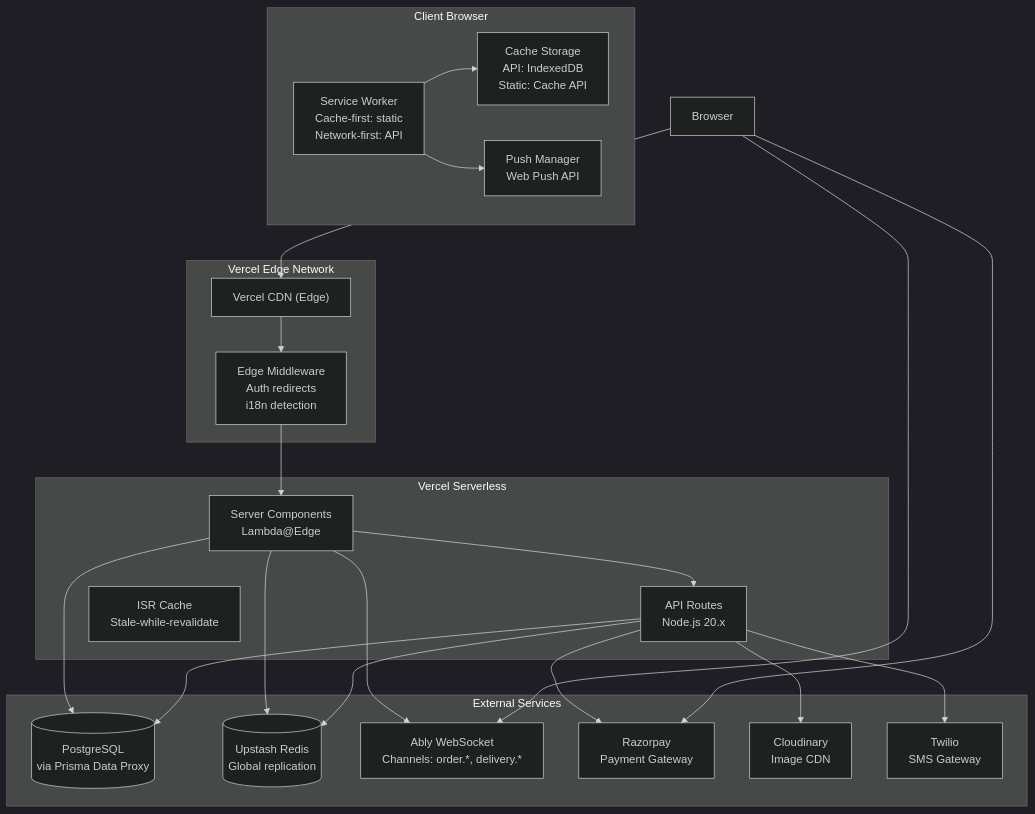
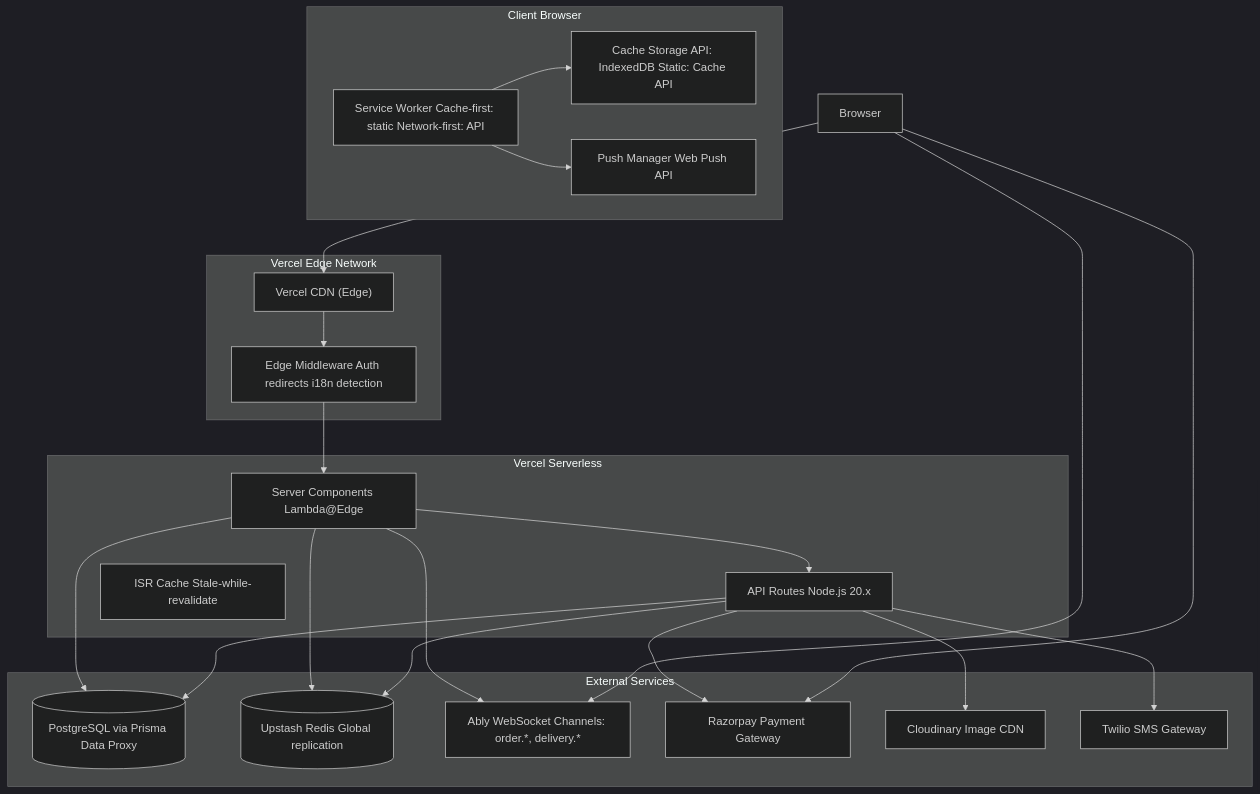
One commit to dharshan47/rrckitchen changed the fifth of 5 diagrams in docs/01-system-architecture.md. Above: the diagram before and after it, drawn with Mermaid (dark theme). The commit also changed 273 other files, not shown here.

````diff
--- a/docs/01-system-architecture.md
+++ b/docs/01-system-architecture.md
@@ -217,45 +217,46 @@
 ```mermaid
-graph TB
+%%{init: {'flowchart': {'curve': 'basis', 'useMaxWidth': true}}}%%
+flowchart TB
     subgraph "Vercel Edge Network"
         CDN["Vercel CDN (Edge)"]
-        MW["Edge Middleware<br/>Auth redirects<br/>i18n detection"]
+        MW["Edge Middleware Auth redirects i18n detection"]
     end
 
     subgraph "Vercel Serverless"
-        SSR["Server Components<br/>Lambda@Edge"]
-        API["API Routes<br/>Node.js 20.x"]
-        ISR["ISR Cache<br/>Stale-while-revalidate"]
+        SSR["Server Components Lambda@Edge"]
+        API["API Routes Node.js 20.x"]
+        ISR["ISR Cache Stale-while-revalidate"]
     end
 
     subgraph "Client Browser"
-        SW["Service Worker<br/>Cache-first: static<br/>Network-first: API"]
-        Cache["Cache Storage<br/>API: IndexedDB<br/>Static: Cache API"]
-        Push["Push Manager<br/>Web Push API"]
+        SW["Service Worker Cache-first: static Network-first: API"]
+        Cache["Cache Storage API: IndexedDB Static: Cache API"]
+        Push["Push Manager Web Push API"]
     end
 
     subgraph "External Services"
-        PG[("PostgreSQL<br/>via Prisma Data Proxy")]
-        RS[("Upstash Redis<br/>Global replication")]
-        Ably["Ably WebSocket<br/>Channels: order.*, delivery.*"]
-        RZ["Razorpay<br/>Payment Gateway"]
-        CL["Cloudinary<br/>Image CDN"]
-        TW["Twilio<br/>SMS Gateway"]
+        PG[("PostgreSQL via Prisma Data Proxy")]
+        RS[("Upstash Redis Global replication")]
+        Ably["Ably WebSocket Channels: order.*, delivery.*"]
+        RZ["Razorpay Payment Gateway"]
+        CL["Cloudinary Image CDN"]
+        TW["Twilio SMS Gateway"]
     end
 
     CDN --> MW
     MW --> SSR
     SSR --> API
     SSR --> PG
     SSR --> RS
     API --> PG
     API --> RS
     API --> RZ
     API --> TW
     API --> CL
     SSR --> Ably
     Client["Browser"] --> CDN
     SW --> Cache
     SW --> Push
     Client --> Ably
     Client --> RZ
 ```
````
